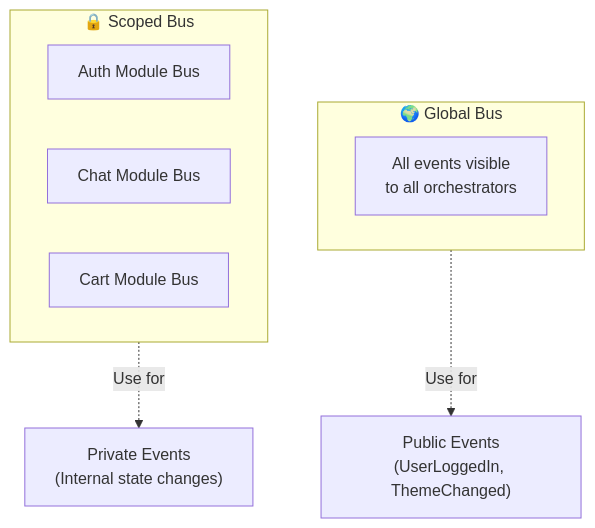
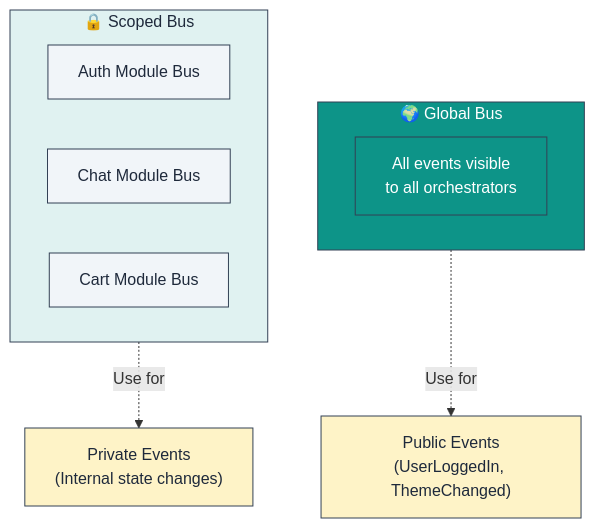
Before and after one commit to lploc94/flutter_orchestrator: diagram 11 of 13 in book/chapters/03_core_implementation.md, drawn with Mermaid. The commit also changed other lines of this file and 3 other files, not shown here.

````diff
--- a/book/chapters/03_core_implementation.md
+++ b/book/chapters/03_core_implementation.md
@@ -255,15 +304,24 @@
 ```mermaid
 graph TB
     subgraph GlobalBus["🌍 Global Bus"]
         GB["All events visible<br/>to all orchestrators"]
     end
     
     subgraph ScopedBus["🔒 Scoped Bus"]
         SB1["Auth Module Bus"]
         SB2["Chat Module Bus"]
         SB3["Cart Module Bus"]
     end
     
     GlobalBus -.->|"Use for"| Public["Public Events<br/>(UserLoggedIn, ThemeChanged)"]
     ScopedBus -.->|"Use for"| Private["Private Events<br/>(Internal state changes)"]
+    
+    style GlobalBus fill:#0d9488,stroke:#334155,color:#ffffff
+    style ScopedBus fill:#e0f2f1,stroke:#334155,color:#1e293b
+    style GB fill:#0d9488,stroke:#334155,color:#ffffff
+    style SB1 fill:#f1f5f9,stroke:#334155,color:#1e293b
+    style SB2 fill:#f1f5f9,stroke:#334155,color:#1e293b
+    style SB3 fill:#f1f5f9,stroke:#334155,color:#1e293b
+    style Public fill:#fef3c7,stroke:#334155,color:#1e293b
+    style Private fill:#fef3c7,stroke:#334155,color:#1e293b
 ```
````
